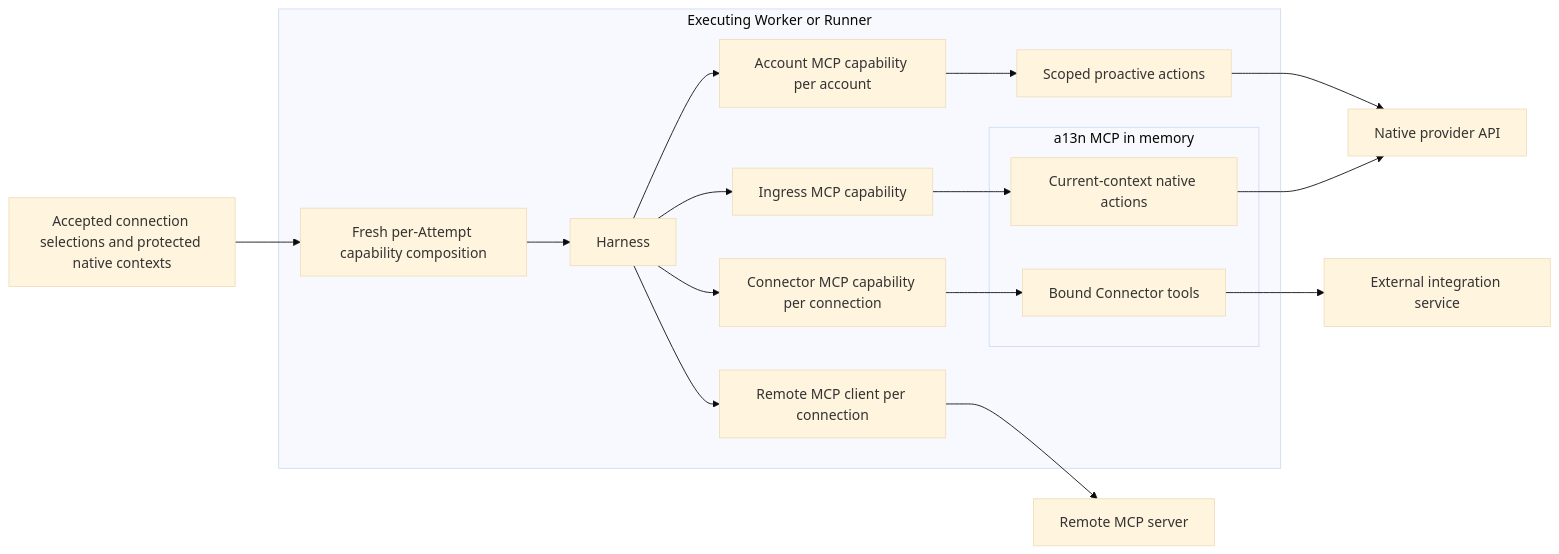
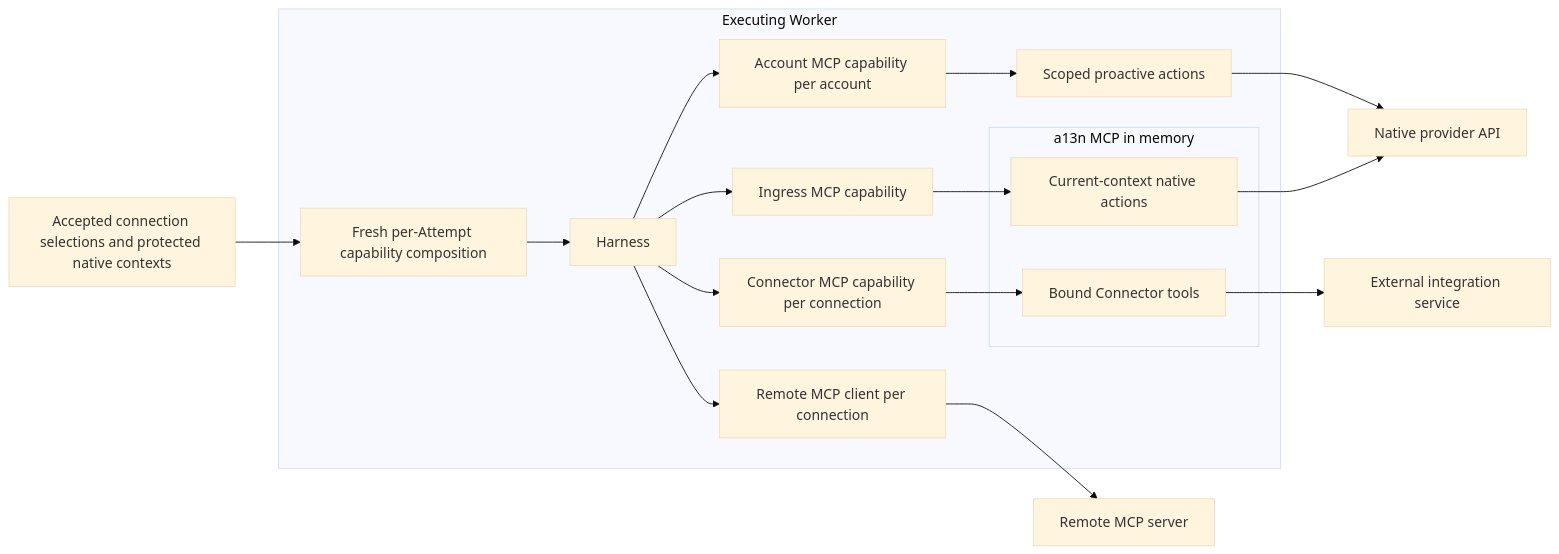
The first of 2 diagrams in spec/a13n-service/40-connectivity/04-agent-facing-tools.md (LTThreeComma/agent-foundation), drawn with Mermaid (base theme) before and after one commit. The commit also changed other lines of this file and 157 other files, not shown here.

````diff
--- a/spec/a13n-service/40-connectivity/04-agent-facing-tools.md
+++ b/spec/a13n-service/40-connectivity/04-agent-facing-tools.md
@@ -13,22 +13,22 @@
 ```mermaid
 flowchart LR
     Config[Accepted connection selections and protected native contexts] --> Compose
-    subgraph Worker[Executing Worker or Runner]
+    subgraph Worker[Executing Worker]
         Compose[Fresh per-Attempt capability composition] --> Harness
         Harness --> AccountMCP[Account MCP capability per account]
         AccountMCP --> AccountActions[Scoped proactive actions]
         Harness --> IngressMCP[Ingress MCP capability]
         Harness --> ConnectorMCP[Connector MCP capability per connection]
         Harness --> RemoteClient[Remote MCP client per connection]
         subgraph Local[a13n MCP in memory]
             Native[Current-context native actions]
             Connector[Bound Connector tools]
         end
         IngressMCP --> Native
         ConnectorMCP --> Connector
     end
     Native --> Provider[Native provider API]
     AccountActions --> Provider
     Connector --> Integration[External integration service]
     RemoteClient --> Remote[Remote MCP server]
 ```
````
